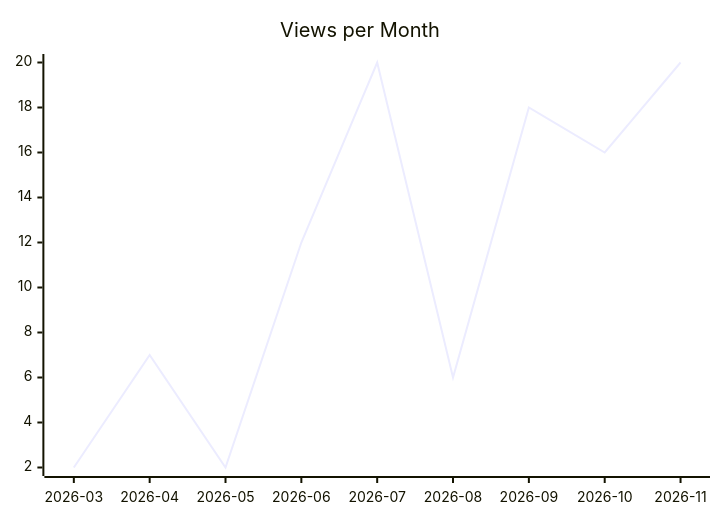
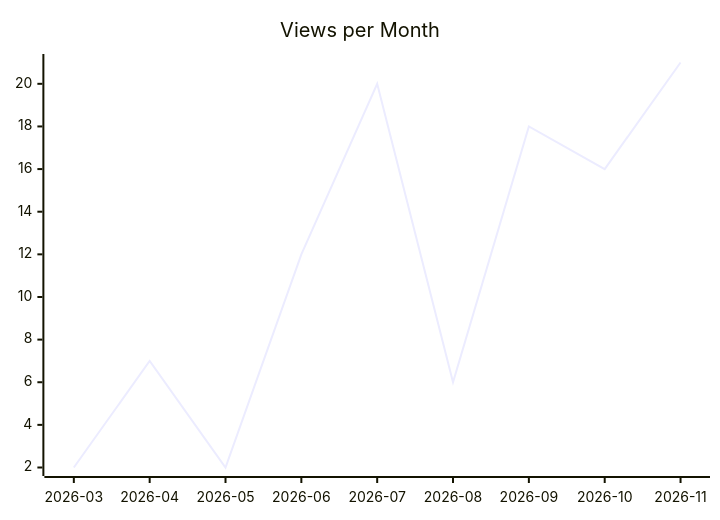
One commit to justdavis-family/github-analytics-data changed the second of 3 diagrams in karlmdavis/fhir-benchmarks/README.md. Above: the diagram before and after it, drawn with Mermaid. The commit also changed other lines of this file and 193 other files, not shown here.

````diff
--- a/karlmdavis/fhir-benchmarks/README.md
+++ b/karlmdavis/fhir-benchmarks/README.md
@@ -12,6 +12,6 @@
 ```mermaid
 xychart-beta
   title "Views per Month"
   x-axis ["2026-03", "2026-04", "2026-05", "2026-06", "2026-07", "2026-08", "2026-09", "2026-10", "2026-11"]
-  line [2, 7, 2, 12, 20, 6, 18, 16, 20]
+  line [2, 7, 2, 12, 20, 6, 18, 16, 21]
 ```
````
